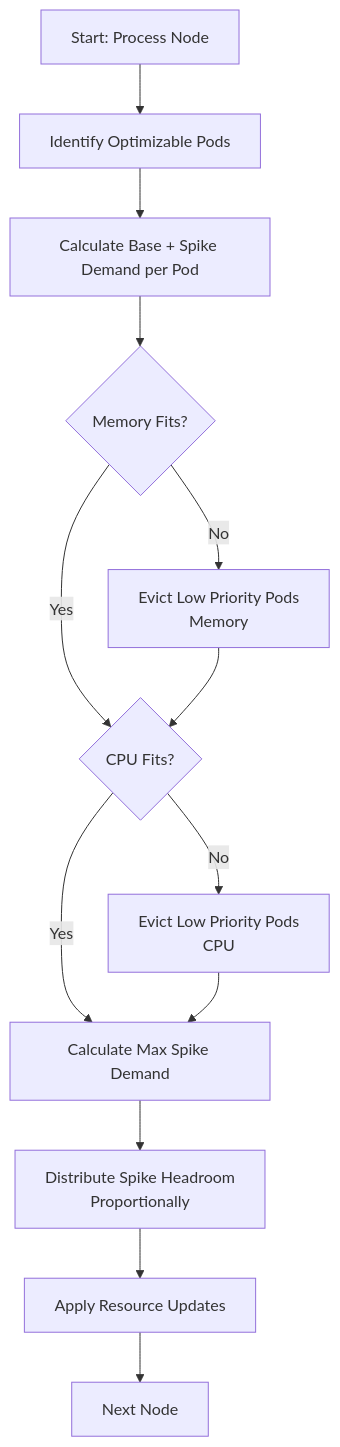
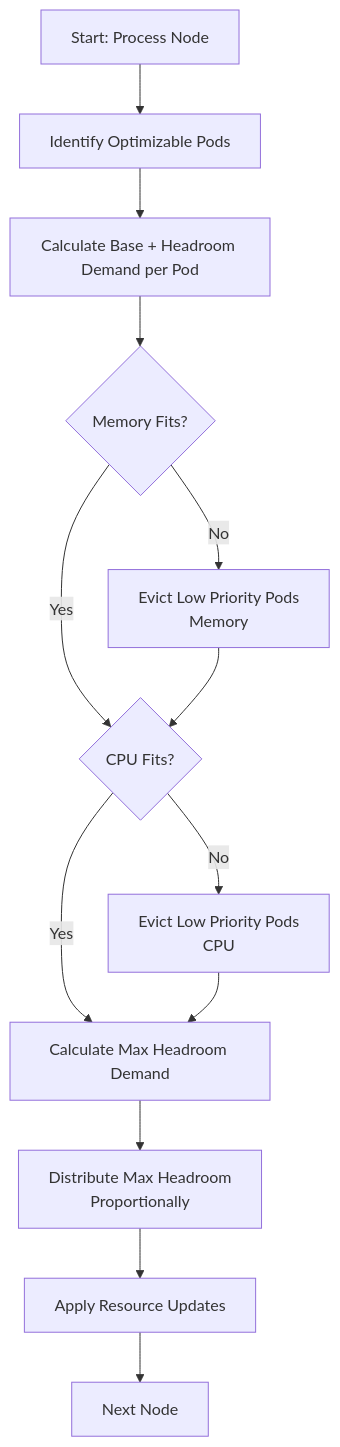
The diagram in docs/src/arch-algorithm.md (truefoundry/CruiseKube), drawn with Mermaid before and after one commit. The commit also changed other lines of this file and 1 other file, not shown here.

````diff
--- a/docs/src/arch-algorithm.md
+++ b/docs/src/arch-algorithm.md
@@ -189,15 +134,15 @@
 ```mermaid
 flowchart TD
     A[Start: Process Node] --> B[Identify Optimizable Pods]
-    B --> C[Calculate Base + Spike Demand per Pod]
+    B --> C[Calculate Base + Headroom Demand per Pod]
     C --> D{Memory Fits?}
     D -->|No| E[Evict Low Priority Pods<br/>Memory]
     D -->|Yes| F{CPU Fits?}
     E --> F
     F -->|No| G[Evict Low Priority Pods<br/>CPU]
-    F -->|Yes| H[Calculate Max Spike Demand]
+    F -->|Yes| H[Calculate Max Headroom Demand]
     G --> H
-    H --> I[Distribute Spike Headroom<br/>Proportionally]
+    H --> I[Distribute Max Headroom<br/>Proportionally]
     I --> J[Apply Resource Updates]
     J --> K[Next Node]
 ```
````
